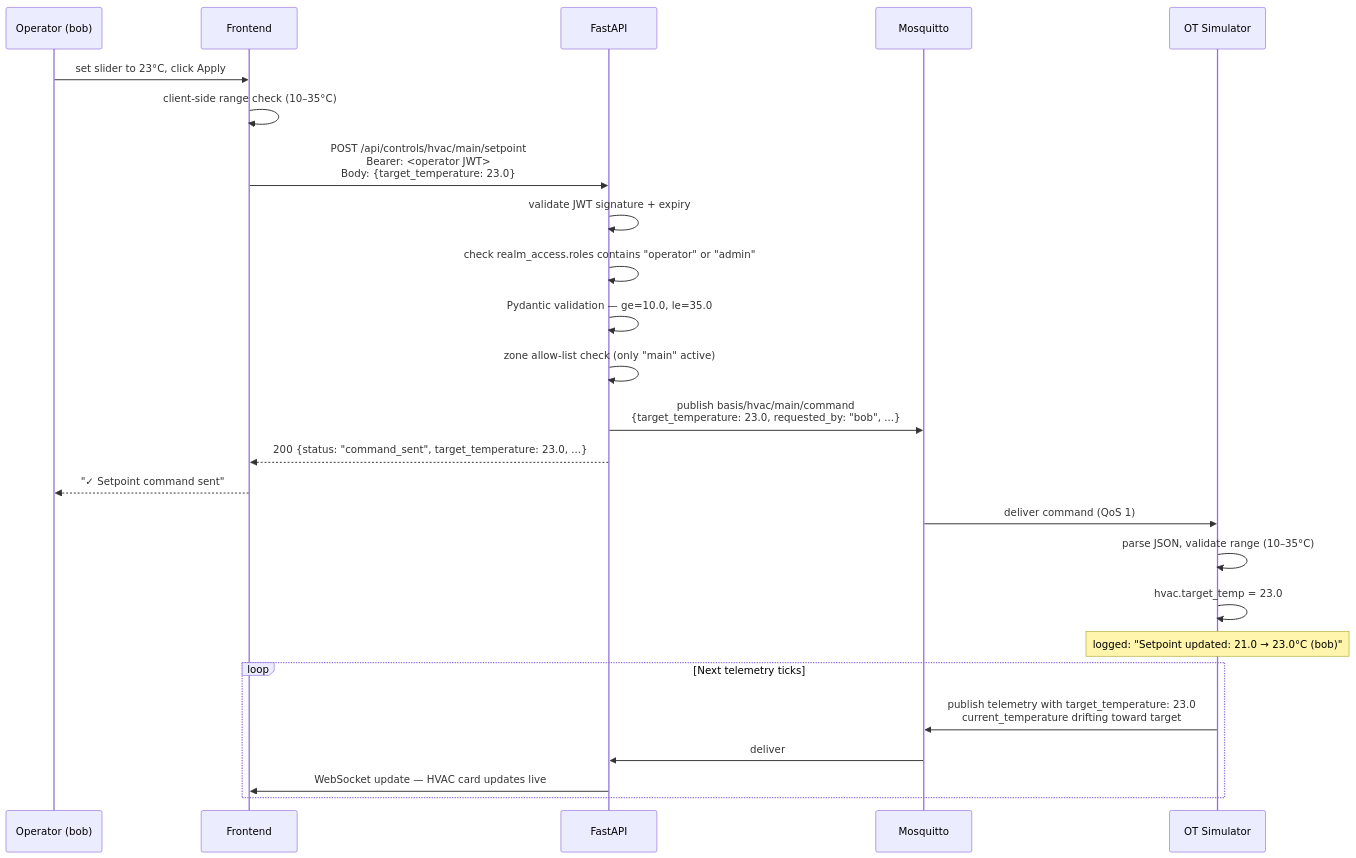
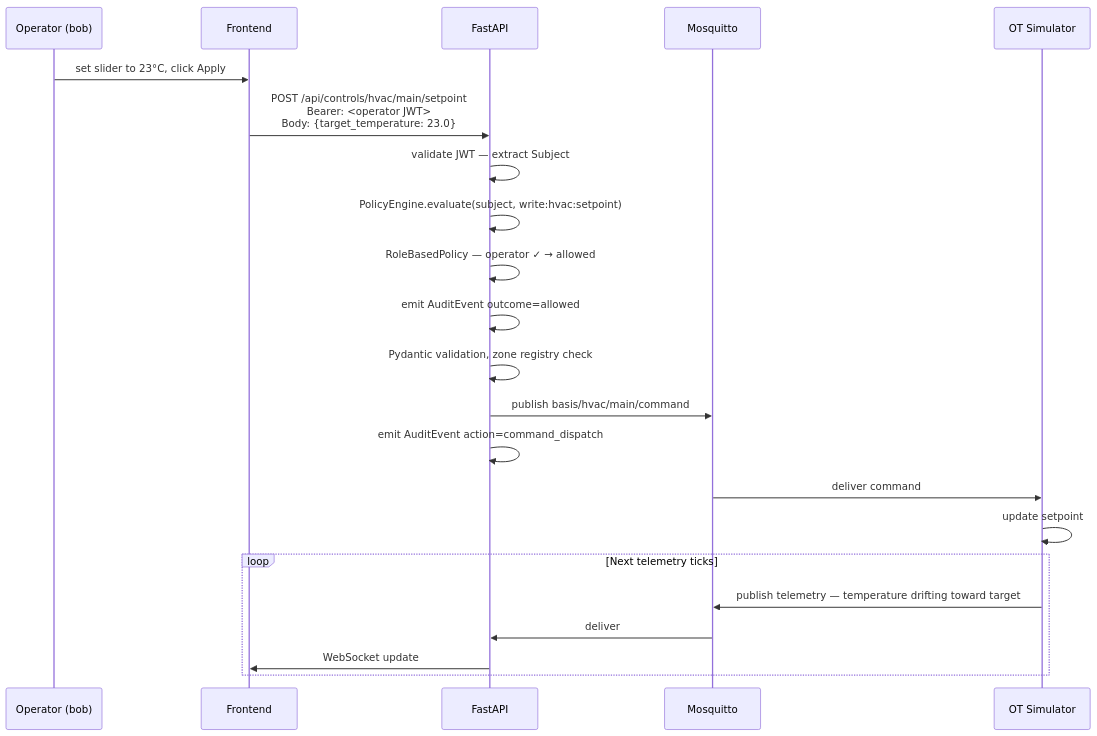
One commit to basis-foundation/basis-poc changed the fourth of 4 diagrams in README.md. Above: the diagram before and after it, drawn with Mermaid. The commit also changed other lines of this file, not shown here.

````diff
--- a/README.md
+++ b/README.md
@@ -239,32 +314,28 @@
 ```mermaid
 sequenceDiagram
     participant U as Operator (bob)
     participant F as Frontend
     participant API as FastAPI
     participant MQ as Mosquitto
     participant SIM as OT Simulator
 
     U->>F: set slider to 23°C, click Apply
-    F->>F: client-side range check (10–35°C)
     F->>API: POST /api/controls/hvac/main/setpoint<br/>Bearer: <operator JWT><br/>Body: {target_temperature: 23.0}
 
-    API->>API: validate JWT signature + expiry
-    API->>API: check realm_access.roles contains "operator" or "admin"
-    API->>API: Pydantic validation — ge=10.0, le=35.0
-    API->>API: zone allow-list check (only "main" active)
+    API->>API: validate JWT — extract Subject
+    API->>API: PolicyEngine.evaluate(subject, write:hvac:setpoint)
+    API->>API: RoleBasedPolicy — operator ✓ → allowed
+    API->>API: emit AuditEvent outcome=allowed
+    API->>API: Pydantic validation, zone registry check
+    API->>MQ: publish basis/hvac/main/command
+    API->>API: emit AuditEvent action=command_dispatch
 
-    API->>MQ: publish basis/hvac/main/command<br/>{target_temperature: 23.0, requested_by: "bob", ...}
-    API-->>F: 200 {status: "command_sent", target_temperature: 23.0, ...}
-    F-->>U: "✓ Setpoint command sent"
-
-    MQ->>SIM: deliver command (QoS 1)
-    SIM->>SIM: parse JSON, validate range (10–35°C)
-    SIM->>SIM: hvac.target_temp = 23.0
-    Note over SIM: logged: "Setpoint updated: 21.0 → 23.0°C (bob)"
+    MQ->>SIM: deliver command
+    SIM->>SIM: update setpoint
 
     loop Next telemetry ticks
-        SIM->>MQ: publish telemetry with target_temperature: 23.0<br/>current_temperature drifting toward target
+        SIM->>MQ: publish telemetry — temperature drifting toward target
         MQ->>API: deliver
-        API->>F: WebSocket update — HVAC card updates live
+        API->>F: WebSocket update
     end
 ```
````
